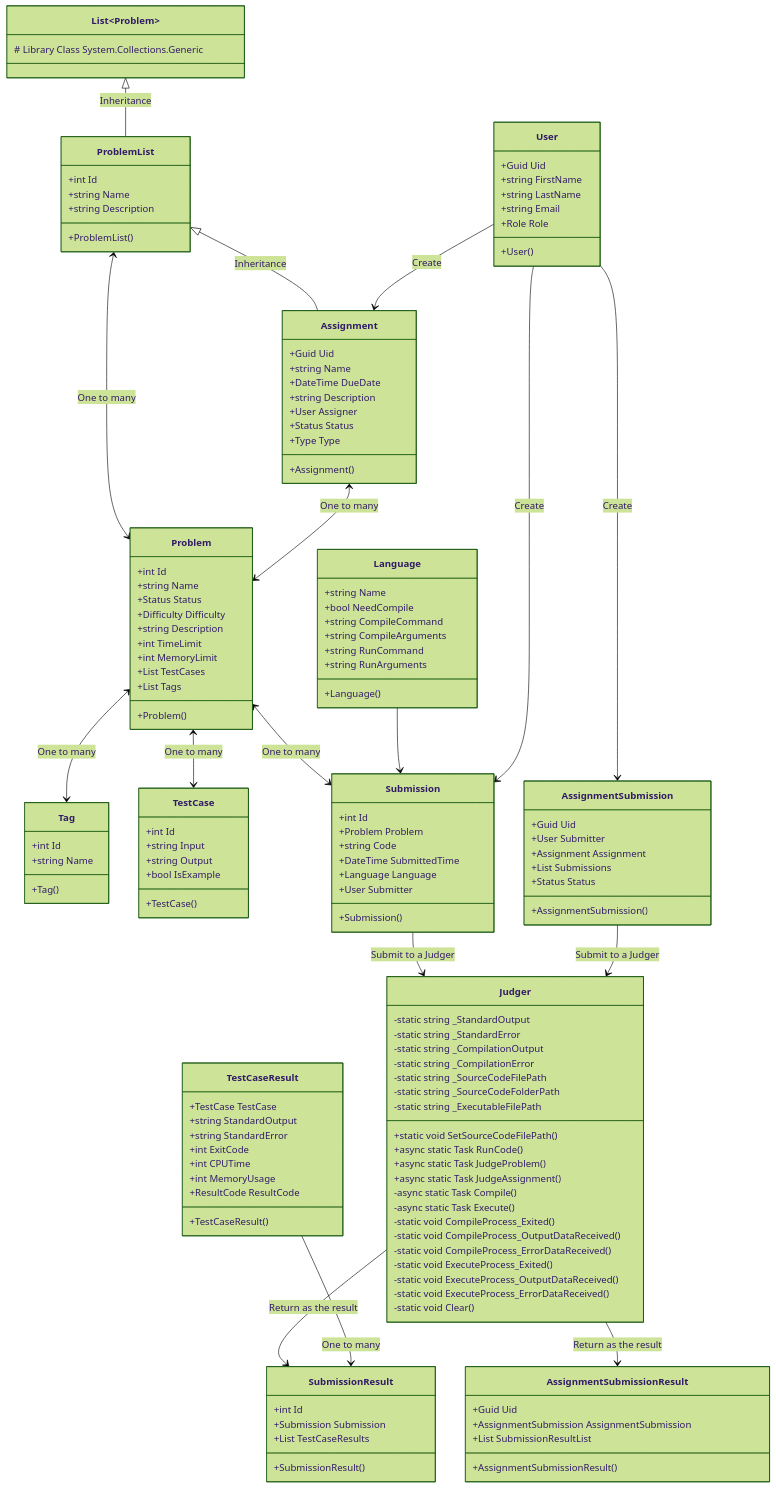
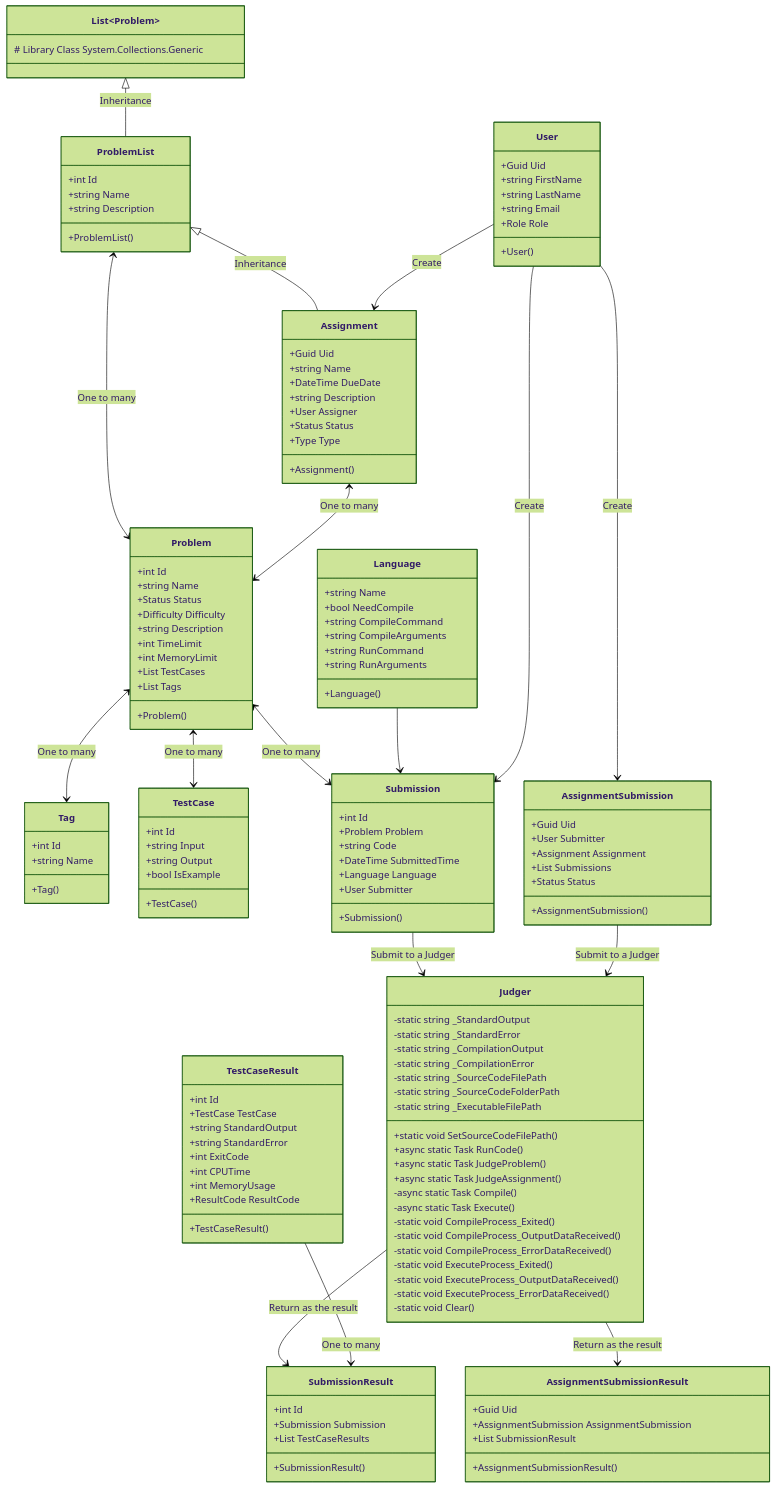
The diagram in report/graphs/classDiagram.mmd (HEIGE-PCloud/Algorithm-Dynamics), drawn with Mermaid (forest theme) before and after one commit. The commit also changed 1 other file, not shown here.

```diff
--- a/report/graphs/classDiagram.mmd
+++ b/report/graphs/classDiagram.mmd
@@ -1,138 +1,139 @@
 classDiagram
     class Tag{
         +int Id
         +string Name
         +Tag()
     }
     class TestCase{
         +int Id
         +string Input
         +string Output
         +bool IsExample
         +TestCase()
     }
     class Problem{
         +int Id
         +string Name
         +Status Status
         +Difficulty Difficulty
         +string Description
         +int TimeLimit
         +int MemoryLimit
         +List<TestCase> TestCases
         +List<Tag> Tags
         +Problem()
     }
     class List~Problem~ {
         # Library Class System.Collections.Generic
     }
     class ProblemList{
         +int Id
         +string Name
         +string Description
         +ProblemList()
     }
     class Assignment{
         +Guid Uid
         +string Name
         +DateTime DueDate
         +string Description
         +User Assigner
         +Status Status
         +Type Type
         +Assignment()
     }
     class Submission{
         +int Id
         +Problem Problem
         +string Code
         +DateTime SubmittedTime
         +Language Language
         +User Submitter
         +Submission()
     }
     class TestCaseResult {
+        +int Id
         +TestCase TestCase
         +string StandardOutput
         +string StandardError
         +int ExitCode
         +int CPUTime
         +int MemoryUsage
         +ResultCode ResultCode
         +TestCaseResult()
     }
     class SubmissionResult{
         +int Id
         +Submission Submission
         +List<TestCaseResult> TestCaseResults
         +SubmissionResult()
     }
     class AssignmentSubmission{
         +Guid Uid
         +User Submitter
         +Assignment Assignment
         +List<Submission> Submissions
         +Status Status
         +AssignmentSubmission()
     }
     class AssignmentSubmissionResult{
         +Guid Uid
         +AssignmentSubmission AssignmentSubmission
-        +List<SubmissionResult> SubmissionResultList
+        +List<SubmissionResult> SubmissionResult
         +AssignmentSubmissionResult()
     }
     class Judger{
         -static string _StandardOutput
         -static string _StandardError
         -static string _CompilationOutput
         -static string _CompilationError
         -static string _SourceCodeFilePath
         -static string _SourceCodeFolderPath
         -static string _ExecutableFilePath
         +static void SetSourceCodeFilePath()
         +async static Task<SubmissionResult> RunCode()
         +async static Task<SubmissionResult> JudgeProblem()
         +async static Task<AssignmentSubmission> JudgeAssignment()
         -async static Task<int> Compile()
         -async static Task<int> Execute()
         -static void CompileProcess_Exited()
         -static void CompileProcess_OutputDataReceived()
         -static void CompileProcess_ErrorDataReceived()
         -static void ExecuteProcess_Exited()
         -static void ExecuteProcess_OutputDataReceived()
         -static void ExecuteProcess_ErrorDataReceived()
         -static void Clear()
     }
     class User{
         +Guid Uid
         +string FirstName
         +string LastName
         +string Email
         +Role Role
         +User()
     }
     class Language{
         +string Name
         +bool NeedCompile
         +string CompileCommand
         +string CompileArguments
         +string RunCommand
         +string RunArguments
         +Language()
     }
     List <|-- ProblemList: Inheritance
     ProblemList <|-- Assignment: Inheritance
     Submission --> Judger: Submit to a Judger
     Judger -->  SubmissionResult: Return as the result
     Problem <--> Tag:One to many
     Problem <--> TestCase:One to many
     Problem <--> Submission:One to many
     Language --> Submission
     ProblemList <--> Problem:One to many
     Assignment <--> Problem:One to many
     User --> Submission:Create
     User --> Assignment:Create
     User --> AssignmentSubmission:Create
     AssignmentSubmission --> Judger: Submit to a Judger
     Judger -->  AssignmentSubmissionResult: Return as the result
     TestCaseResult --> SubmissionResult: One to many
```
